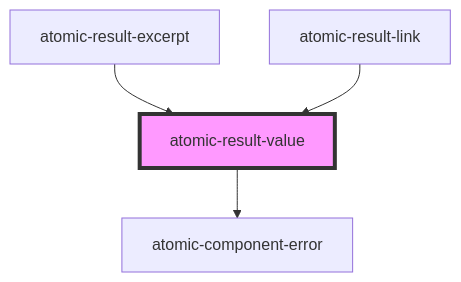
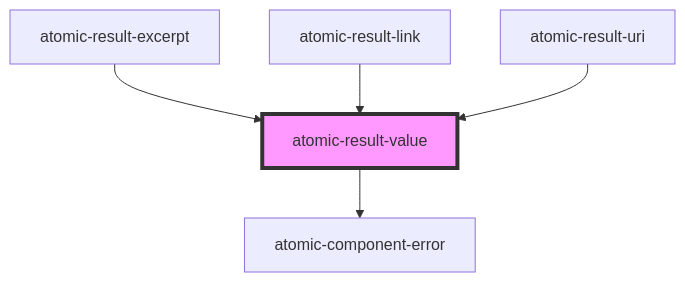
The diagram in packages/atomic/src/components/result-template-components/atomic-result-value/readme.md (coveo/ui-kit), drawn with Mermaid before and after one commit. The commit also changed other lines of this file and 9 other files, not shown here.

First line of the commit message:
add result uri and improve template

````diff
--- a/packages/atomic/src/components/result-template-components/atomic-result-value/readme.md
+++ b/packages/atomic/src/components/result-template-components/atomic-result-value/readme.md
@@ -28,7 +29,8 @@
 ```mermaid
 graph TD;
   atomic-result-value --> atomic-component-error
   atomic-result-excerpt --> atomic-result-value
   atomic-result-link --> atomic-result-value
+  atomic-result-uri --> atomic-result-value
   style atomic-result-value fill:#f9f,stroke:#333,stroke-width:4px
 ```
````
